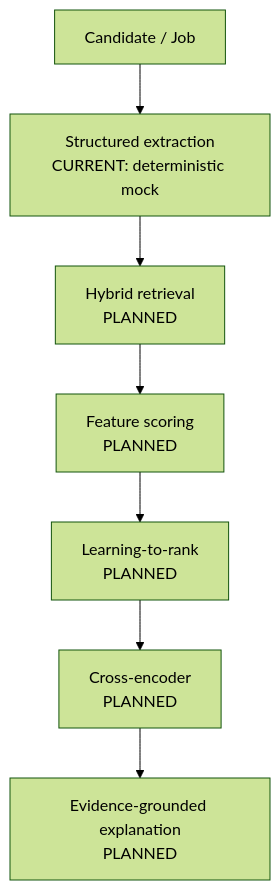
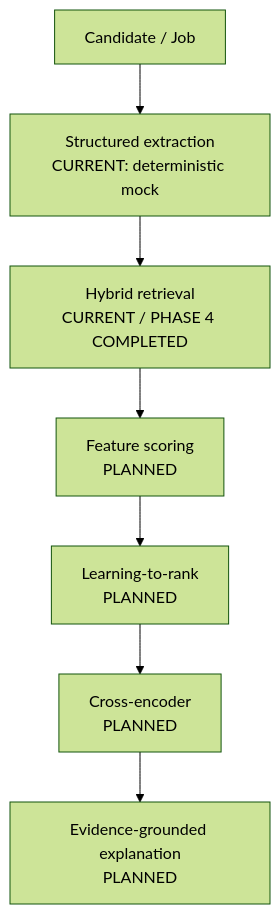
The second of 2 diagrams in docs/architecture.md (rM0on/peoplematch-agent), drawn with Mermaid (forest theme) before and after one commit. The commit also changed other lines of this file and 42 other files, not shown here.

Commit message:
feat: add auditable hybrid retrieval pipeline

````diff
--- a/docs/architecture.md
+++ b/docs/architecture.md
@@ -48,9 +55,9 @@
 ```mermaid
 flowchart TD
     Input["Candidate / Job"] --> Parser["Structured extraction\nCURRENT: deterministic mock"]
-    Parser --> Retrieval["Hybrid retrieval\nPLANNED"]
+    Parser --> Retrieval["Hybrid retrieval\nCURRENT / PHASE 4 COMPLETED"]
     Retrieval --> Features["Feature scoring\nPLANNED"]
     Features --> LTR["Learning-to-rank\nPLANNED"]
     LTR --> CrossEncoder["Cross-encoder\nPLANNED"]
     CrossEncoder --> Explanation["Evidence-grounded explanation\nPLANNED"]
 ```
````
